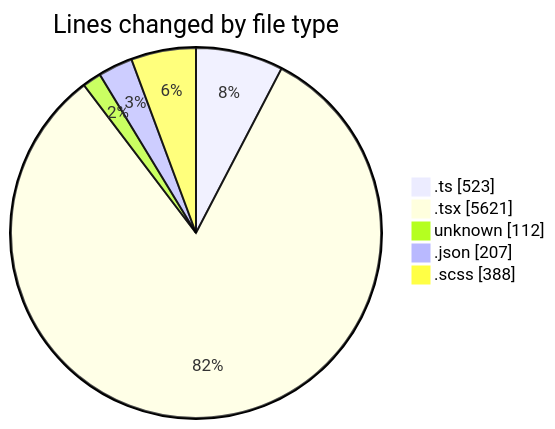
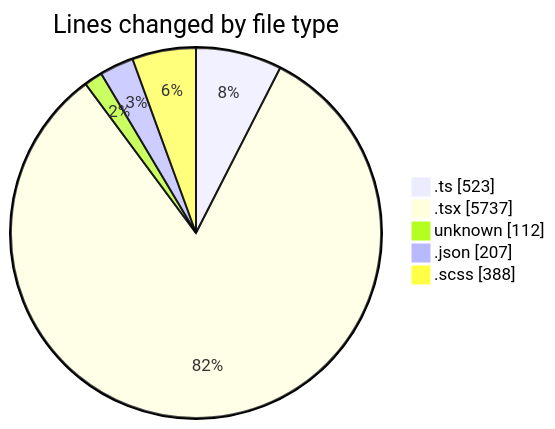
Before and after one commit to momahboobian/code-tracking: the first of 2 diagrams in 2026-04-29/cda/README.md, drawn with Mermaid. The commit also changed other lines of this file and 1 other file, not shown here.

````diff
--- a/2026-04-29/cda/README.md
+++ b/2026-04-29/cda/README.md
@@ -53,9 +53,9 @@
 ```mermaid
 pie showData
 title Lines changed by file type
 ".ts" : 523
-".tsx" : 5621
+".tsx" : 5737
 "unknown" : 112
 ".json" : 207
 ".scss" : 388
 ```
````
